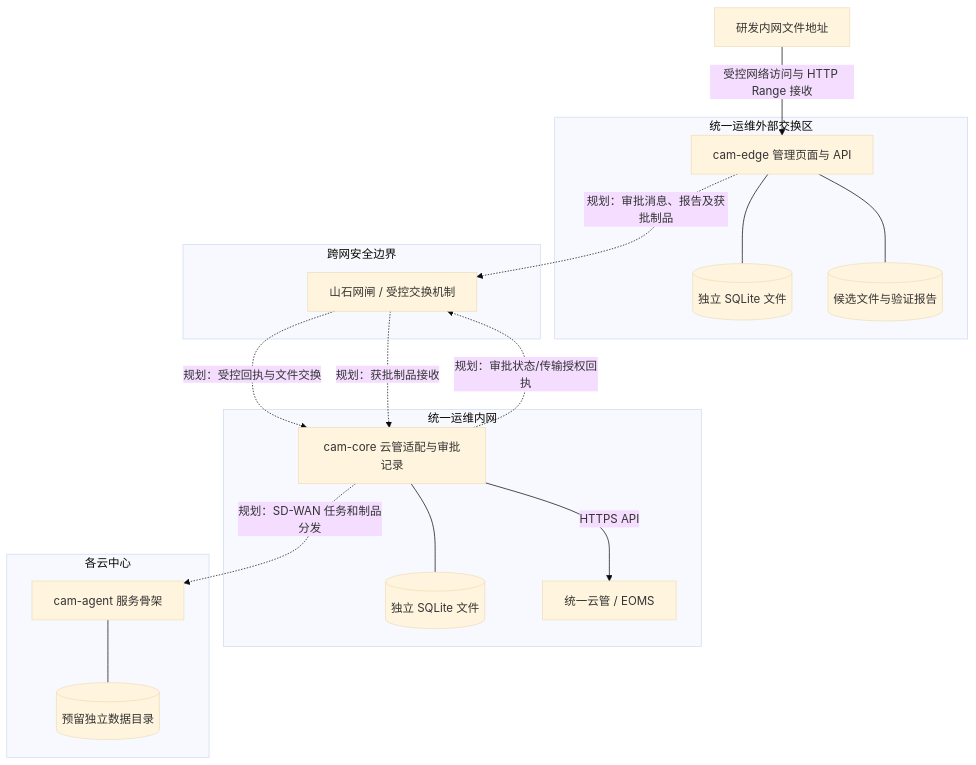
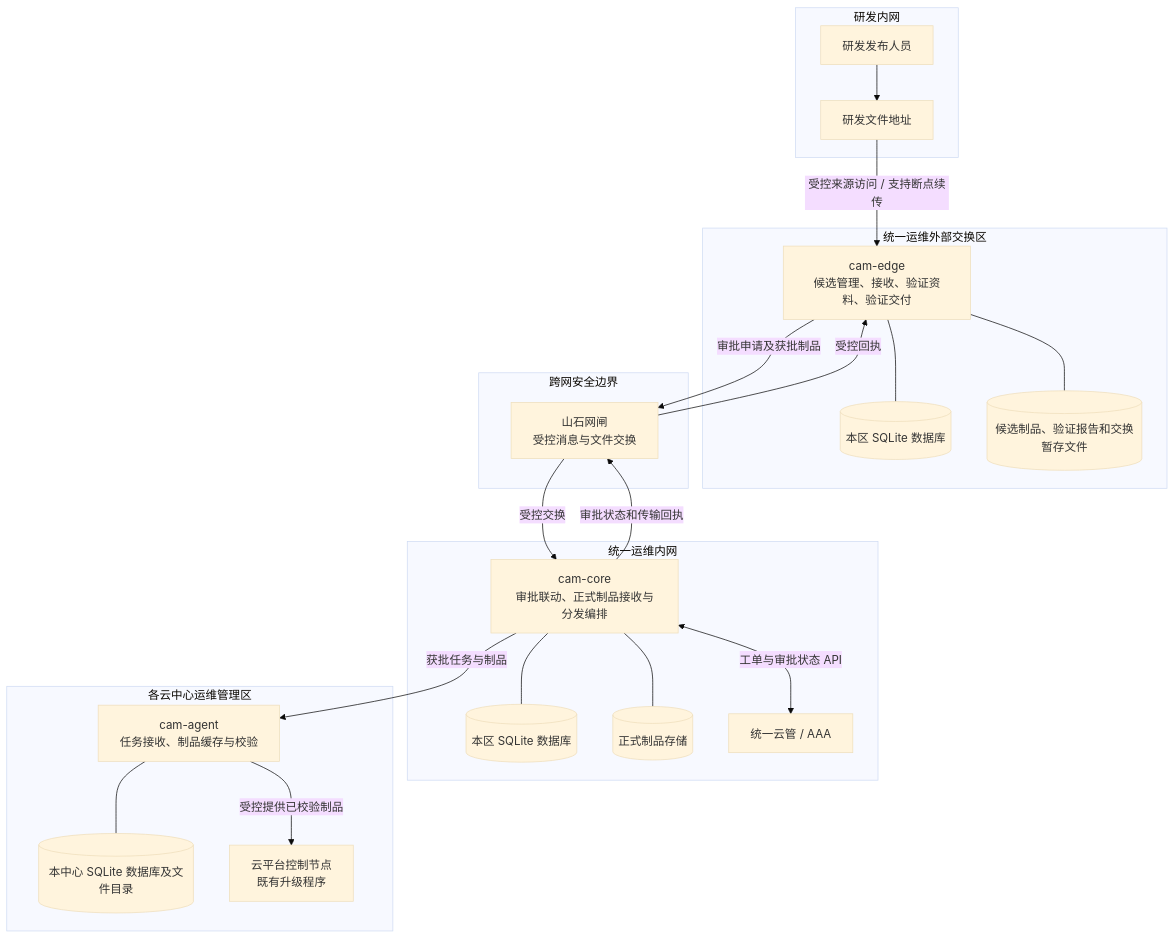
Before and after one commit to dongsweet/cloud-artifact-management: the first of 5 diagrams in docs/assessment-overview.md, drawn with Mermaid (base theme). The commit also changed other lines of this file, not shown here.

Commit message:
docs: present CAM target-state tool design

````diff
--- a/docs/assessment-overview.md
+++ b/docs/assessment-overview.md
@@ -22,37 +20,45 @@
 ```mermaid
 flowchart TB
-    DEV[研发内网文件地址]
+    subgraph DEV[研发内网]
+        SOURCE[研发文件地址]
+        TEAM[研发发布人员]
+        TEAM --> SOURCE
+    end
 
     subgraph EXT[统一运维外部交换区]
-        EDGE[cam-edge 管理页面与 API]
-        DBE[(独立 SQLite 文件)]
-        FILEE[(候选文件与验证报告)]
+        EDGE[cam-edge<br/>候选管理、接收、验证资料、验证交付]
+        DBE[(本区 SQLite 数据库)]
+        FILEE[(候选制品、验证报告和交换暂存文件)]
         EDGE --- DBE
         EDGE --- FILEE
     end
 
-    subgraph BOUNDARY[跨网安全边界]
-        GATE[山石网闸 / 受控交换机制]
+    subgraph BORDER[跨网安全边界]
+        GATE[山石网闸<br/>受控消息与文件交换]
     end
 
     subgraph INT[统一运维内网]
-        CORE[cam-core 云管适配与审批记录]
-        DBC[(独立 SQLite 文件)]
-        CLOUD[统一云管 / EOMS]
+        CORE[cam-core<br/>审批联动、正式制品接收与分发编排]
+        DBC[(本区 SQLite 数据库)]
+        REPO[(正式制品存储)]
+        CLOUD[统一云管 / AAA]
         CORE --- DBC
-        CORE -->|HTTPS API| CLOUD
+        CORE --- REPO
+        CORE <-->|工单与审批状态 API| CLOUD
     end
 
-    subgraph CENTER[各云中心]
-        AGENT[cam-agent 服务骨架]
-        DBA[(预留独立数据目录)]
+    subgraph CENTER[各云中心运维管理区]
+        AGENT[cam-agent<br/>任务接收、制品缓存与校验]
+        DBA[(本中心 SQLite 数据库及文件目录)]
+        NODES[云平台控制节点<br/>既有升级程序]
         AGENT --- DBA
+        AGENT -->|受控提供已校验制品| NODES
     end
 
-    DEV -->|受控网络访问与 HTTP Range 接收| EDGE
-    EDGE -. 规划：审批消息、报告及获批制品 .-> GATE
-    GATE -. 规划：受控回执与文件交换 .-> CORE
-    CORE -. 规划：审批状态/传输授权回执 .-> GATE
-    GATE -. 规划：获批制品接收 .-> CORE
-    CORE -. 规划：SD-WAN 任务和制品分发 .-> AGENT
+    SOURCE -->|受控来源访问 / 支持断点续传| EDGE
+    EDGE -->|审批申请及获批制品| GATE
+    GATE -->|受控交换| CORE
+    CORE -->|审批状态和传输回执| GATE
+    GATE -->|受控回执| EDGE
+    CORE -->|获批任务与制品| AGENT
 ```
````
